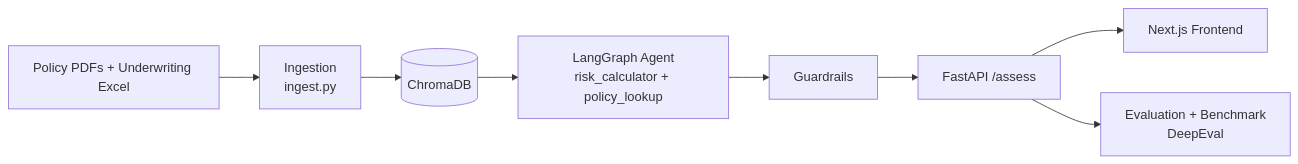
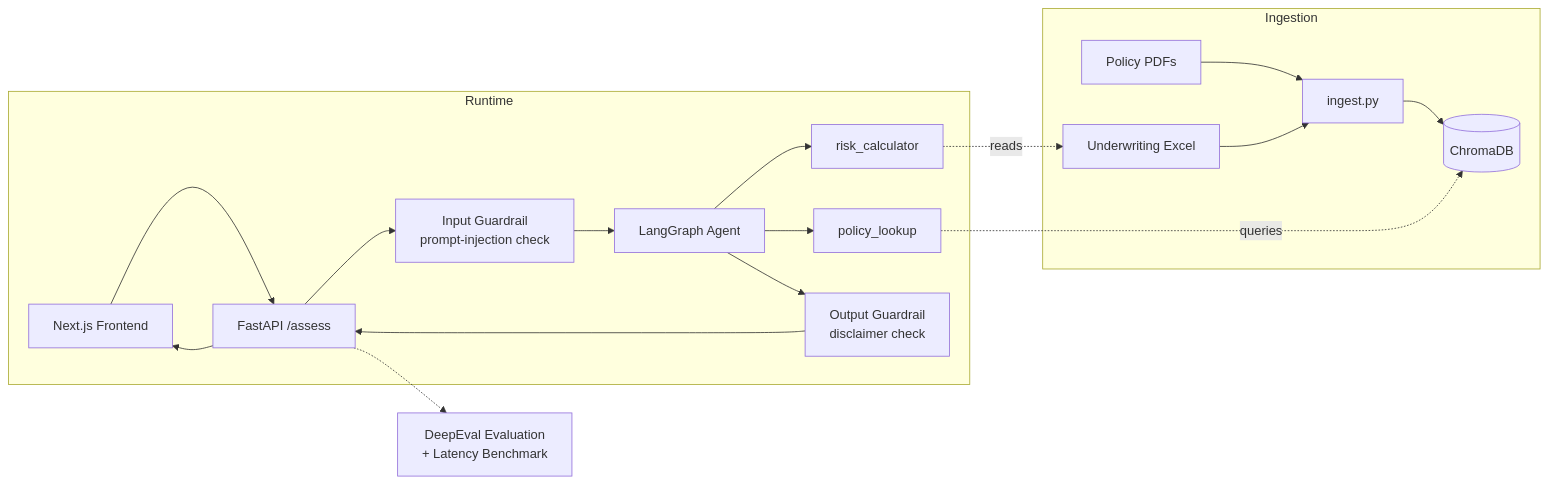
Before and after one commit to thitiwutsuk/RAG-Underwriting-Risk-Agent: the diagram in README.md, drawn with Mermaid.

Commit message:
Add more detail to architecture flowchart

````diff
--- a/README.md
+++ b/README.md
@@ -78,10 +78,23 @@
 ```mermaid
 flowchart LR
-    A[Policy PDFs + Underwriting Excel] --> B[Ingestion<br/>ingest.py]
-    B --> C[(ChromaDB)]
-    C --> D[LangGraph Agent<br/>risk_calculator + policy_lookup]
-    D --> E[Guardrails]
-    E --> F[FastAPI /assess]
-    F --> G[Next.js Frontend]
-    F --> H[Evaluation + Benchmark<br/>DeepEval]
+    subgraph Ingestion
+        PDF[Policy PDFs] --> Ingest[ingest.py]
+        XLS[Underwriting Excel] --> Ingest
+        Ingest --> Chroma[(ChromaDB)]
+    end
+
+    subgraph Runtime
+        UI[Next.js Frontend] --> API[FastAPI /assess]
+        API --> InGuard[Input Guardrail<br/>prompt-injection check]
+        InGuard --> Agent[LangGraph Agent]
+        Agent --> RiskCalc[risk_calculator]
+        Agent --> Lookup[policy_lookup]
+        RiskCalc -.reads.-> XLS
+        Lookup -.queries.-> Chroma
+        Agent --> OutGuard[Output Guardrail<br/>disclaimer check]
+        OutGuard --> API
+        API --> UI
+    end
+
+    API -.-> Eval[DeepEval Evaluation<br/>+ Latency Benchmark]
 ```
````
